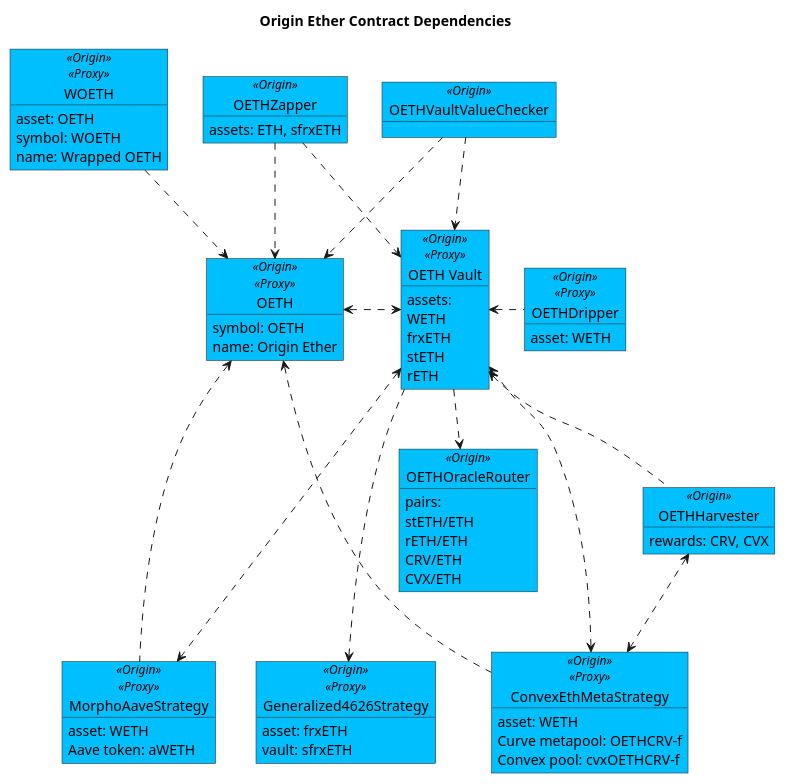
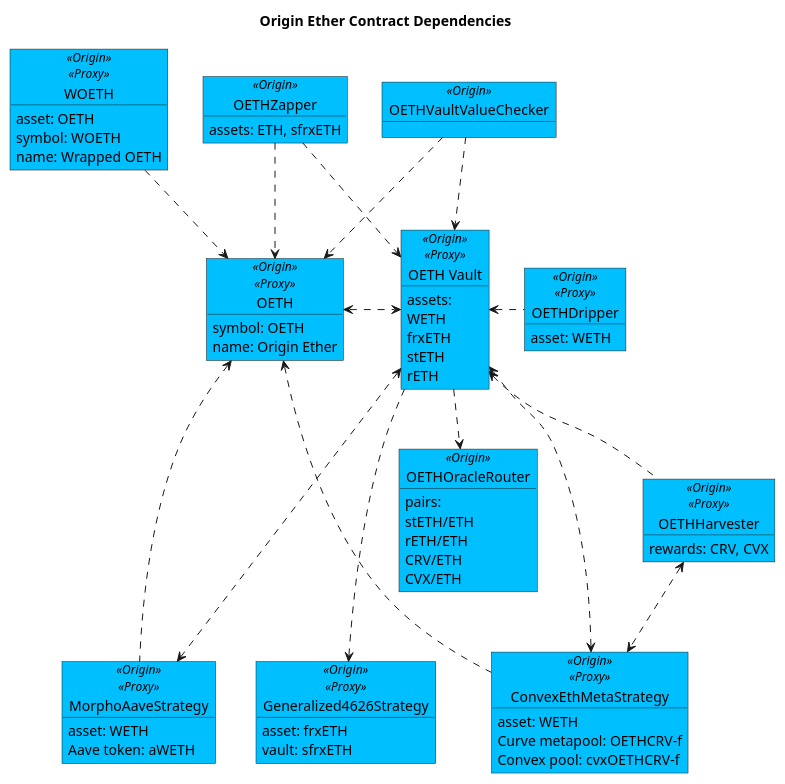
The diagram in contracts/docs/plantuml/oethContracts.puml (OriginProtocol/origin-dollar), drawn with PlantUML before and after one commit. The commit also changed 3 other files, not shown here.

Commit message:
Update contract dep diagrams

```diff
--- a/contracts/docs/plantuml/oethContracts.puml
+++ b/contracts/docs/plantuml/oethContracts.puml
@@ -32,7 +32,7 @@
   rETH
 }
 
-object "OETHHarvester" as harv <<Origin>> #DeepSkyBlue {
+object "OETHHarvester" as harv <<Origin>><<Proxy>> #DeepSkyBlue {
     rewards: CRV, CVX
 }
 
```
